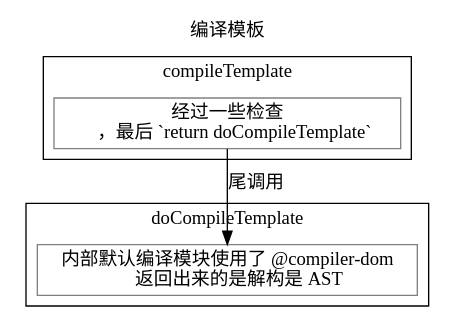
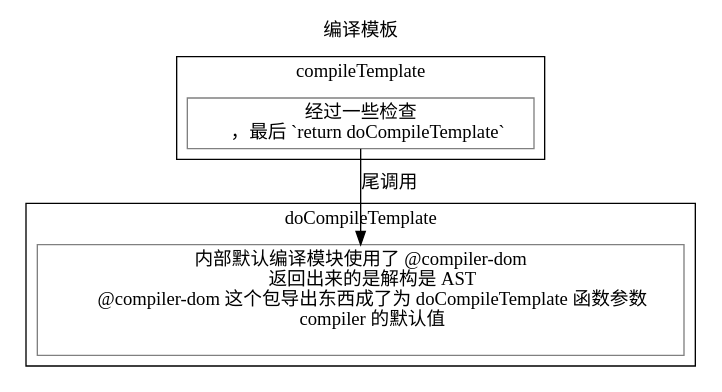
The diagram in compiler.dot (WingDust/DeepDiveVue3), drawn with Graphviz before and after one commit.

Commit message:
auto-commit

```diff
--- a/compiler.dot
+++ b/compiler.dot
@@ -1,27 +1,30 @@
 digraph compile {
 
   node [color=gray,shape=box,fontname="Cascadia Mono PL"]
   // graph [bgcolor=orange]
   // 顶标题
   labelloc = "t"
   label="编译模板"
 
   subgraph cluster_compileTemplate{
     label="compileTemplate"
     fun[
     label="经过一些检查
     ，最后 `return doCompileTemplate`"
     ]
   }
   subgraph  cluster_doCompileTemplate{
     label="doCompileTemplate"
     funs[
       label="内部默认编译模块使用了 @compiler-dom 
-      返回出来的是解构是 AST"
+      返回出来的是解构是 AST
+      @compiler-dom 这个包导出东西成了为 doCompileTemplate 函数参数
+      compiler 的默认值
+      "
     ]
 
   }
 
   fun->  funs[label="尾调用"]
 
 }
```
